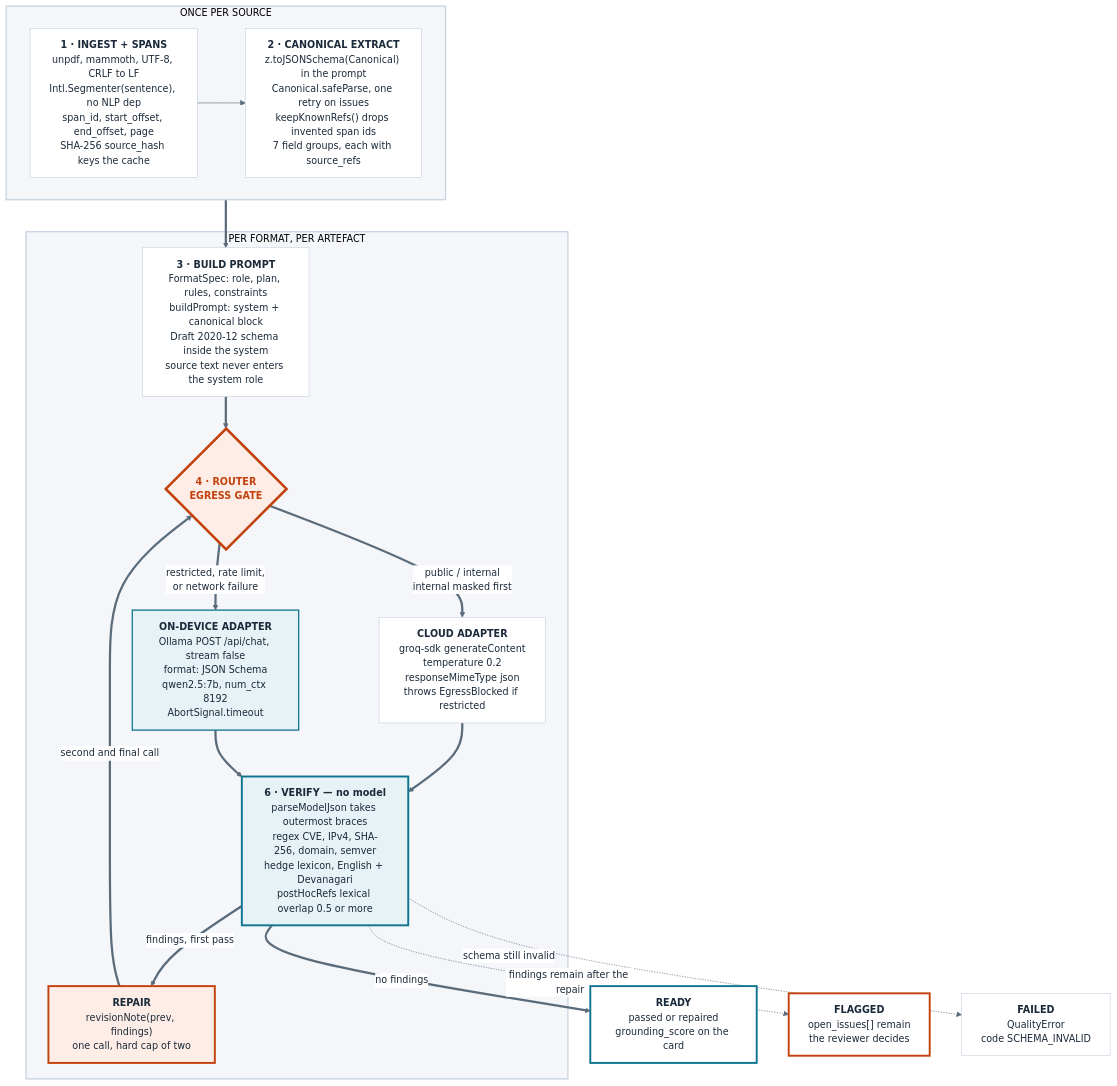
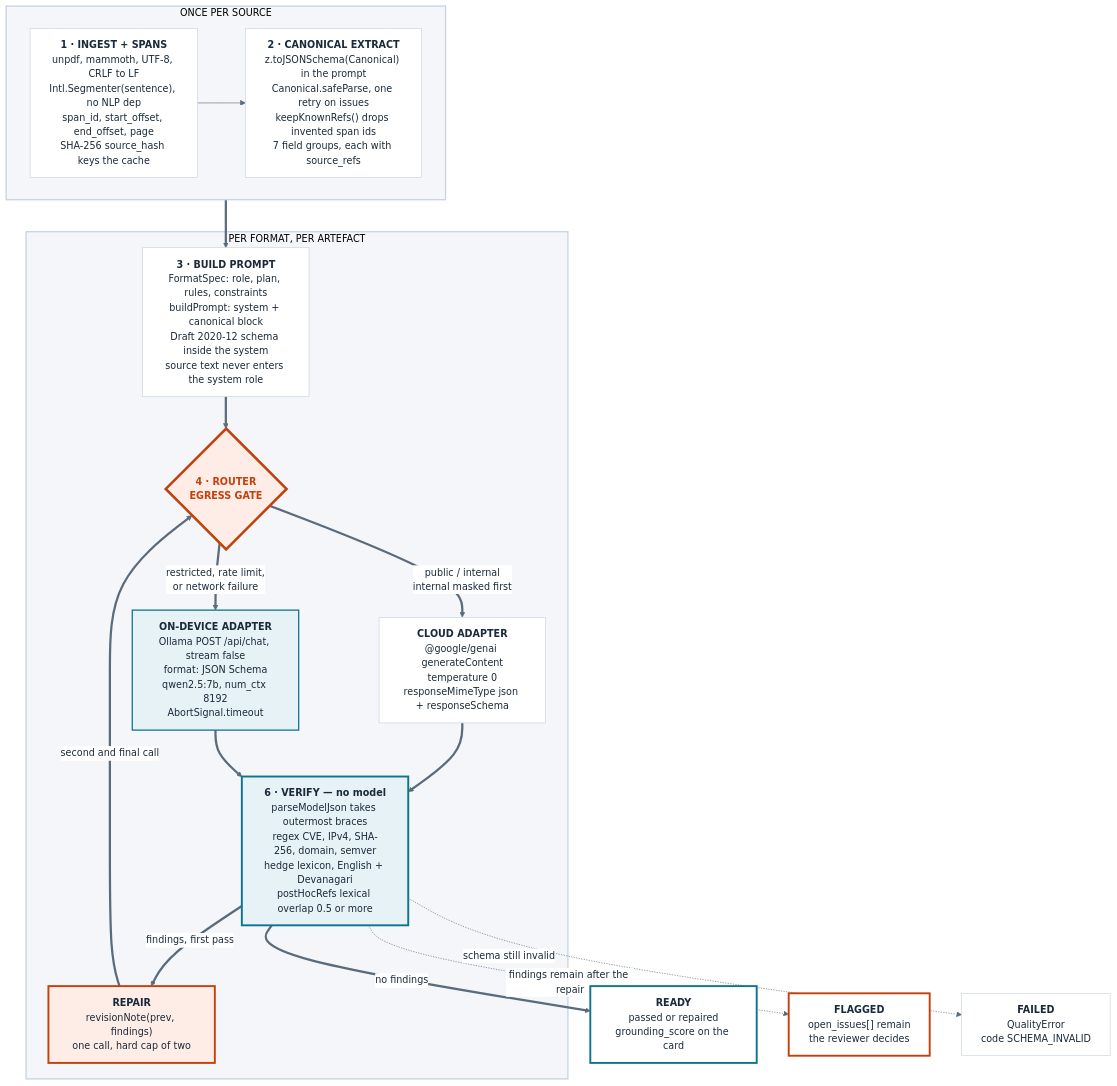
Before and after one commit to MdFareedKhan01/MetaMorphAI: the second of 3 diagrams in docs/deck/figures.md, drawn with Mermaid. The commit also changed other lines of this file and 24 other files, not shown here.

````diff
--- a/docs/deck/figures.md
+++ b/docs/deck/figures.md
@@ -91,51 +91,51 @@
 ```mermaid
 %%{init: {'theme':'base','themeVariables':{
   'background':'#FFFFFF',
   'primaryColor':'#FFFFFF',
   'primaryTextColor':'#1B2A3A',
   'primaryBorderColor':'#C7D3E0',
   'lineColor':'#5A6B7B',
   'fontFamily':'IBM Plex Sans, Segoe UI, Arial, sans-serif',
   'fontSize':'15px'
 }}}%%
 flowchart TB
   subgraph ONCE["ONCE PER SOURCE"]
     direction LR
     A["<b>1 · INGEST + SPANS</b><br/>unpdf, mammoth, UTF-8, CRLF to LF<br/>Intl.Segmenter(sentence), no NLP dep<br/>span_id, start_offset, end_offset, page<br/>SHA-256 source_hash keys the cache"]
     B["<b>2 · CANONICAL EXTRACT</b><br/>z.toJSONSchema(Canonical) in the prompt<br/>Canonical.safeParse, one retry on issues<br/>keepKnownRefs() drops invented span ids<br/>7 field groups, each with source_refs"]
     A --> B
   end
 
   subgraph PER["PER FORMAT, PER ARTEFACT"]
     C["<b>3 · BUILD PROMPT</b><br/>FormatSpec: role, plan, rules, constraints<br/>buildPrompt: system + canonical block<br/>Draft 2020-12 schema inside the system<br/>source text never enters the system role"]
     D{"<b>4 · ROUTER</b><br/><b>EGRESS GATE</b>"}
-    CL["<b>CLOUD ADAPTER</b><br/>groq-sdk generateContent<br/>temperature 0.2<br/>responseMimeType json<br/>throws EgressBlocked if restricted"]
+    CL["<b>CLOUD ADAPTER</b><br/>@google/genai generateContent<br/>temperature 0<br/>responseMimeType json + responseSchema"]
     LO["<b>ON-DEVICE ADAPTER</b><br/>Ollama POST /api/chat, stream false<br/>format: JSON Schema<br/>qwen2.5:7b, num_ctx 8192<br/>AbortSignal.timeout"]
     V["<b>6 · VERIFY — no model</b><br/>parseModelJson takes outermost braces<br/>regex CVE, IPv4, SHA-256, domain, semver<br/>hedge lexicon, English + Devanagari<br/>postHocRefs lexical overlap 0.5 or more"]
     REP["<b>REPAIR</b><br/>revisionNote(prev, findings)<br/>one call, hard cap of two"]
   end
 
   READY["<b>READY</b><br/>passed or repaired<br/>grounding_score on the card"]
   FLAG["<b>FLAGGED</b><br/>open_issues[] remain<br/>the reviewer decides"]
   FAIL["<b>FAILED</b><br/>QualityError<br/>code SCHEMA_INVALID"]
 
   B ==> C ==> D
   D == "public / internal<br/>internal masked first" ==> CL
   D == "restricted, rate limit,<br/>or network failure" ==> LO
   CL ==> V
   LO ==> V
   V == "no findings" ==> READY
   V == "findings, first pass" ==> REP
   REP == "second and final call" ==> D
   V -. "findings remain after the repair" .-> FLAG
   V -. "schema still invalid" .-> FAIL
 
   style D fill:#FDEDE6,stroke:#C2410C,stroke-width:4px,color:#C2410C
   style REP fill:#FDEDE6,stroke:#C2410C,stroke-width:3px
   style V fill:#E6F2F5,stroke:#0E7490,stroke-width:3px
   style LO fill:#E6F2F5,stroke:#0E7490,stroke-width:2px
   style READY fill:#FFFFFF,stroke:#0E7490,stroke-width:3px
   style FLAG fill:#FFFFFF,stroke:#C2410C,stroke-width:3px
   style ONCE fill:#F4F6F9,stroke:#C7D3E0,stroke-width:2px
   style PER fill:#F4F6F9,stroke:#C7D3E0,stroke-width:2px
 ```
````
